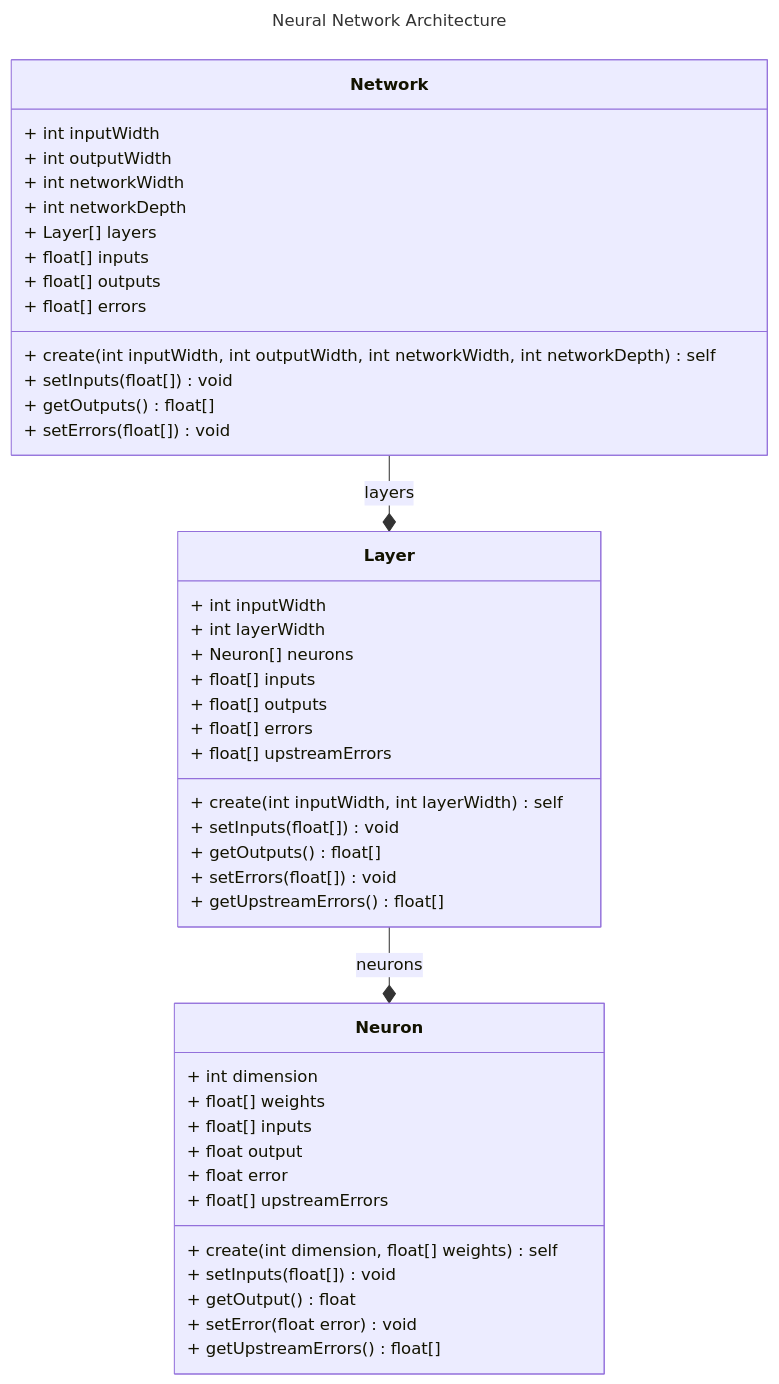
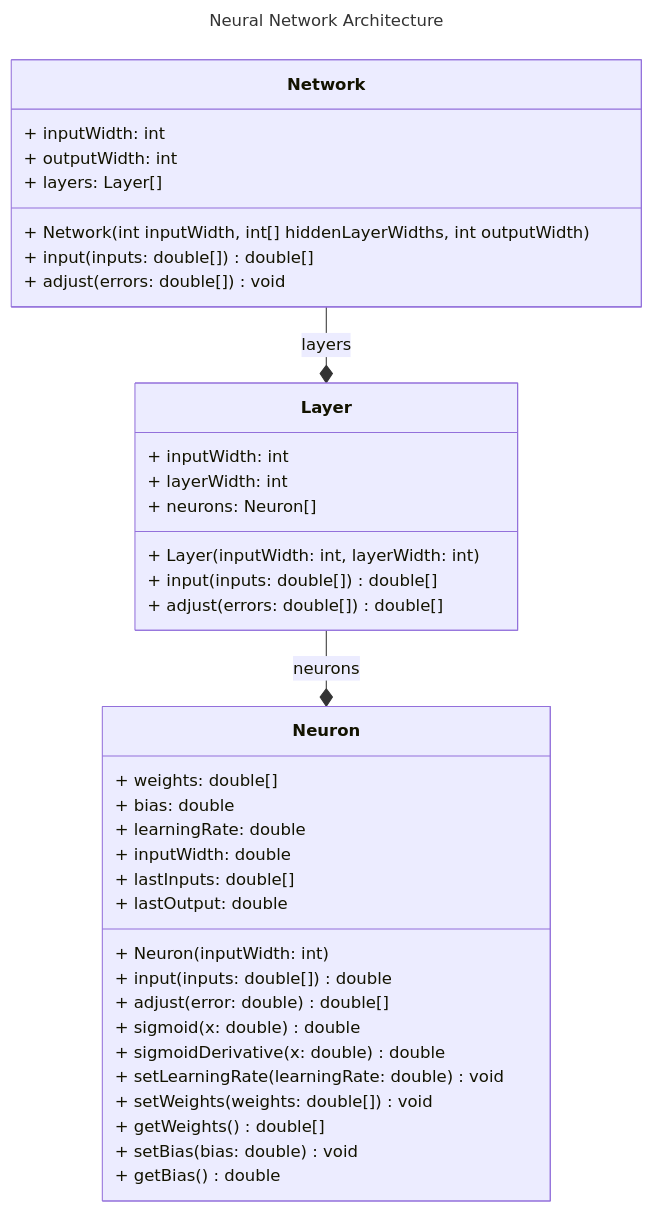
Before and after one commit to schneeeemil/neural-network-homebrewed: the diagram in README.md, drawn with Mermaid.

````diff
--- a/README.md
+++ b/README.md
@@ -3,59 +3,49 @@
 ```mermaid
 ---
 title: Neural Network Architecture
 ---
 classDiagram
 
   class Network {
-     + int inputWidth
-     + int outputWidth
-     + int networkWidth
-     + int networkDepth
-     + Layer[] layers
-     + create(int inputWidth, int outputWidth, int networkWidth, int networkDepth) self
+     + inputWidth: int 
+     + outputWidth: int 
+     + layers: Layer[]
 
-     + float[] inputs
-     + float[] outputs
-     + setInputs(float[]) void
-     + getOutputs() float[]
-
-     + float[] errors 
-     + setErrors(float[]) void
+     + Network(int inputWidth, int[] hiddenLayerWidths, int outputWidth)
+     + input(inputs: double[]) double[]
+     + adjust(errors: double[]) void
   }
 
   class Layer {
-     + int inputWidth
-     + int layerWidth     
-     + Neuron[] neurons
-     + create(int inputWidth, int layerWidth) self
+     + inputWidth: int 
+     + layerWidth: int     
+     + neurons: Neuron[]
      
-     + float[] inputs
-     + float[] outputs
-     + setInputs(float[]) void
-     + getOutputs() float[]
-     
-     + float[] errors
-     + float[] upstreamErrors 
-     + setErrors(float[]) void
-     + getUpstreamErrors() float[]
+     + Layer(inputWidth: int, layerWidth: int)
+     + input(inputs: double[]) double[]
+     + adjust(errors: double[]) double[]
   }
 
   class Neuron {
-     + int dimension
-     + float[] weights
-     + create(int dimension, float[] weights) self
+     + weights: double[]
+     + bias: double
+     + learningRate: double
+     + inputWidth: double
+     + lastInputs: double[]
+     + lastOutput: double
 
-     + float[] inputs
-     + float output
-     + setInputs(float[]) void
-     + getOutput() float  
-     
-     + float error
-     + float[] upstreamErrors
-     + setError(float error) void
-     + getUpstreamErrors() float[]
+     + Neuron(inputWidth: int)
+     + input(inputs: double[]) double
+     + adjust(error: double) double[]
+     + sigmoid(x: double) double
+     + sigmoidDerivative(x: double) double
+     + setLearningRate(learningRate: double) void
+     + setWeights(weights: double[]) void
+     + getWeights() double[]
+     + setBias(bias: double) void
+     + getBias() double
   }
 
   Network --* Layer : layers
   Layer --* Neuron : neurons
 ```
````
